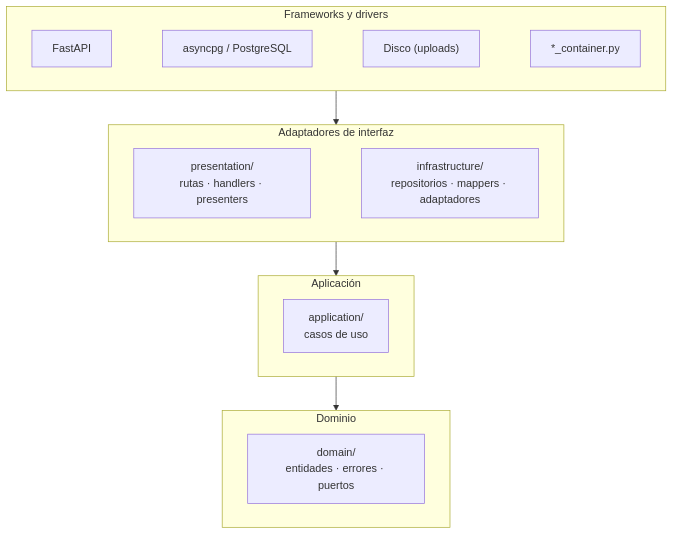
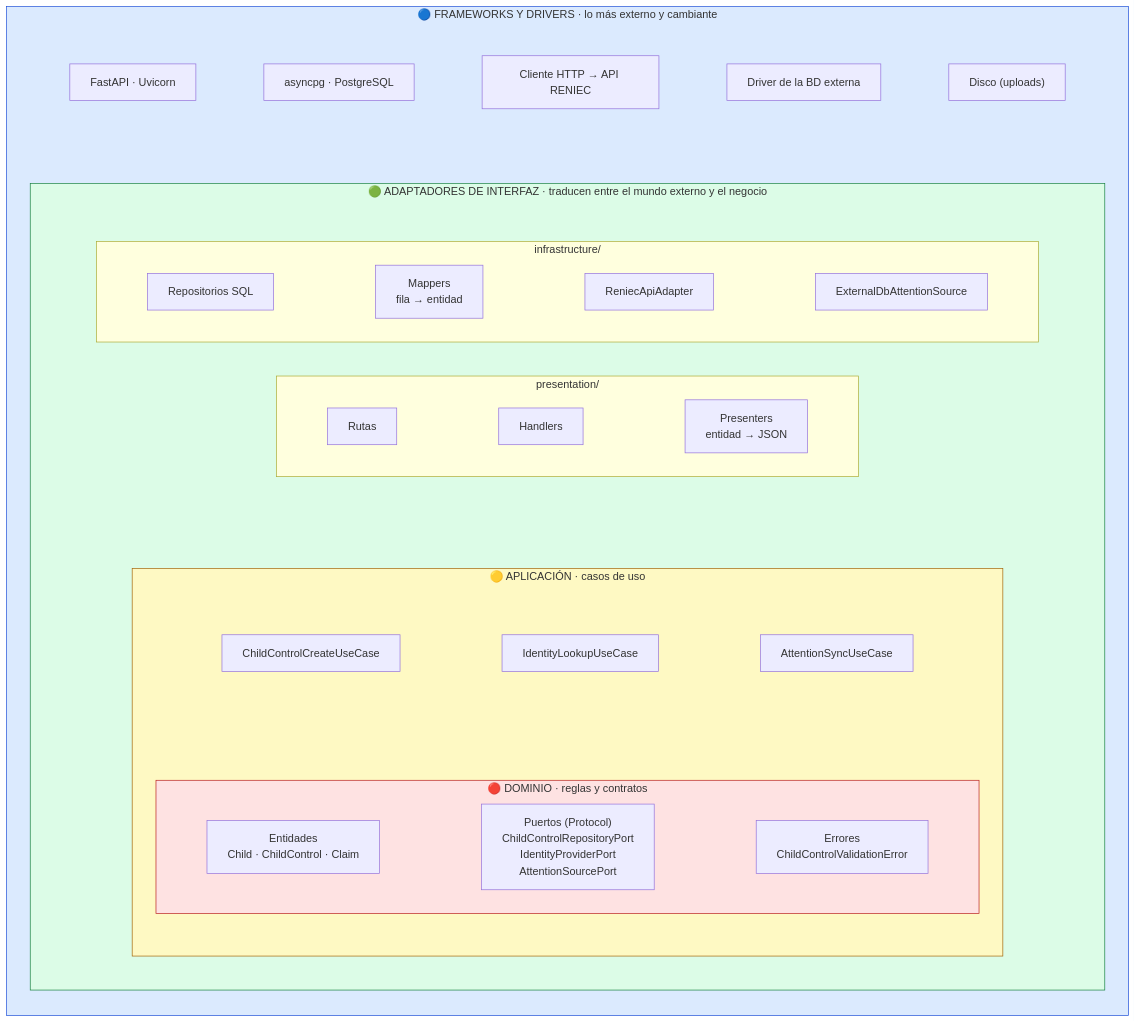
Before and after one commit to germanAmiqueroPeralta/SPRINT1: the first of 2 diagrams in docs/02-arquitectura-de-software/03-patron-arquitectonico.md, drawn with Mermaid. The commit also changed other lines of this file and 19 other files, not shown here.

````diff
--- a/docs/02-arquitectura-de-software/03-patron-arquitectonico.md
+++ b/docs/02-arquitectura-de-software/03-patron-arquitectonico.md
@@ -16,18 +16,50 @@
 ```mermaid
 flowchart TB
-    subgraph F["Frameworks y drivers"]
-        direction LR
-        fastapi["FastAPI"] ~~~ asyncpg["asyncpg / PostgreSQL"] ~~~ disco["Disco (uploads)"] ~~~ cont["*_container.py"]
+    subgraph F["🔵 FRAMEWORKS Y DRIVERS · lo más externo y cambiante"]
+        direction TB
+        subgraph FR[" "]
+            direction LR
+            f1["FastAPI · Uvicorn"] ~~~ f2["asyncpg · PostgreSQL"] ~~~ f3["Cliente HTTP → API RENIEC"] ~~~ f4["Driver de la BD externa"] ~~~ f5["Disco (uploads)"]
+        end
+
+        subgraph IA["🟢 ADAPTADORES DE INTERFAZ · traducen entre el mundo externo y el negocio"]
+            direction TB
+            subgraph IAR[" "]
+                direction LR
+                subgraph PRES["presentation/"]
+                    direction LR
+                    ia1["Rutas"] ~~~ ia2["Handlers"] ~~~ ia3["Presenters<br/>entidad → JSON"]
+                end
+                subgraph INFRA["infrastructure/"]
+                    direction LR
+                    ia4["Repositorios SQL"] ~~~ ia5["Mappers<br/>fila → entidad"] ~~~ ia6["ReniecApiAdapter"] ~~~ ia7["ExternalDbAttentionSource"]
+                end
+            end
+
+            subgraph APP["🟡 APLICACIÓN · casos de uso"]
+                direction TB
+                subgraph AR[" "]
+                    direction LR
+                    a1["ChildControlCreateUseCase"] ~~~ a2["IdentityLookupUseCase"] ~~~ a3["AttentionSyncUseCase"]
+                end
+
+                subgraph DOM["🔴 DOMINIO · reglas y contratos"]
+                    direction LR
+                    d1["Entidades<br/>Child · ChildControl · Claim"] ~~~ d2["Puertos (Protocol)<br/>ChildControlRepositoryPort<br/>IdentityProviderPort<br/>AttentionSourcePort"] ~~~ d3["Errores<br/>ChildControlValidationError"]
+                end
+            end
+        end
     end
-    subgraph IA["Adaptadores de interfaz"]
-        direction LR
-        pres["presentation/<br/>rutas · handlers · presenters"] ~~~ infra["infrastructure/<br/>repositorios · mappers · adaptadores"]
-    end
-    subgraph APP["Aplicación"]
-        uc["application/<br/>casos de uso"]
-    end
-    subgraph DOM["Dominio"]
-        dom["domain/<br/>entidades · errores · puertos"]
-    end
-    F --> IA --> APP --> DOM
+
+    FR ~~~ IA
+    IAR ~~~ APP
+    AR ~~~ DOM
+
+    style F fill:#dbeafe,stroke:#1d4ed8
+    style IA fill:#dcfce7,stroke:#15803d
+    style APP fill:#fef9c3,stroke:#a16207
+    style DOM fill:#fee2e2,stroke:#b91c1c
+    style FR fill:none,stroke:none
+    style IAR fill:none,stroke:none
+    style AR fill:none,stroke:none
 ```
````
